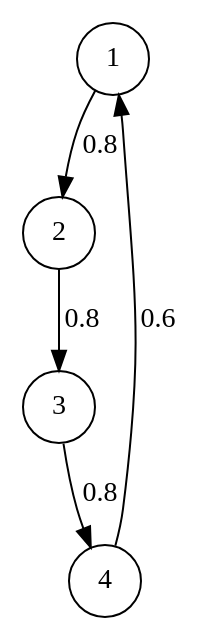
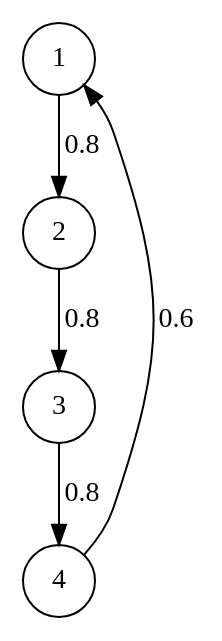
One commit to winter-loo/graphviz-examples changed the diagram in test.gv. Above: the diagram before and after it, drawn with Graphviz. The commit also changed 6 other files, not shown here.

```diff
--- a/test.gv
+++ b/test.gv
@@ -1,5 +1,7 @@
 digraph {
+   /* rankdir=LR;*/
+    root = 1;
     node[width=0.5];
     1 -> 2 -> 3 -> 4[label="0.8"];
-    4 -> 1[label="0.6"];
+    4 -> 1[label="0.6", constraint=false];
 }
```
